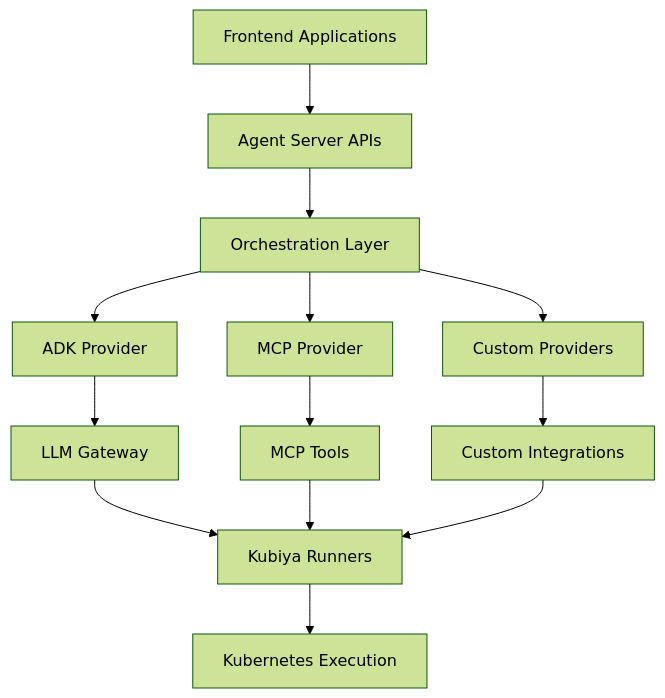
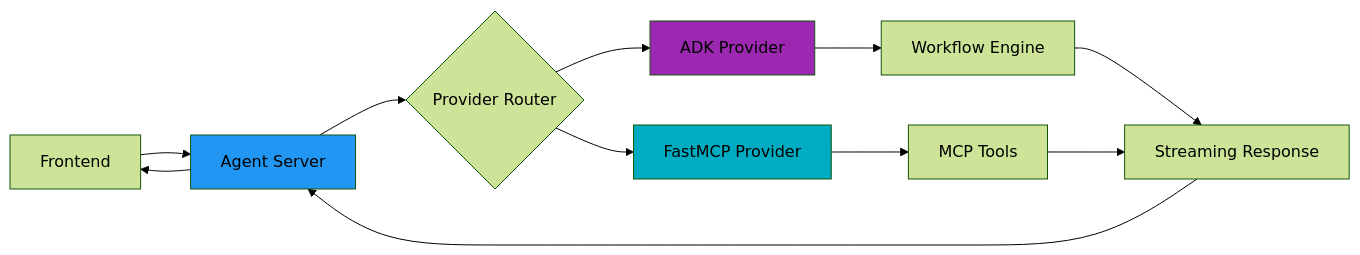
Before and after one commit to kubiyabot/workflow_sdk: the diagram in docs/kubiya/full-stack-agents/agent-servers.mdx, drawn with Mermaid (forest theme). The commit also changed other lines of this file and 3 other files, not shown here.

````diff
--- a/docs/kubiya/full-stack-agents/agent-servers.mdx
+++ b/docs/kubiya/full-stack-agents/agent-servers.mdx
@@ -17,18 +53,19 @@
 ```mermaid
-graph TB
-    UI[Frontend Applications] --> API[Agent Server APIs]
-    API --> Orchestration[Orchestration Layer]
-    Orchestration --> ADK[ADK Provider]
-    Orchestration --> MCP[MCP Provider]
-    Orchestration --> Custom[Custom Providers]
+graph LR
+    UI[Frontend] --> AS[Agent Server]
+    AS --> Provider{Provider Router}
+    Provider --> ADK[ADK Provider]
+    Provider --> MCP[FastMCP Provider]
     
-    ADK --> LLM[LLM Gateway]
+    ADK --> WF[Workflow Engine]
     MCP --> Tools[MCP Tools]
-    Custom --> Integration[Custom Integrations]
     
-    LLM --> Runners[Kubiya Runners]
-    Tools --> Runners
-    Integration --> Runners
+    WF --> Response[Streaming Response]
+    Tools --> Response
+    Response --> AS
+    AS --> UI
     
-    Runners --> K8s[Kubernetes Execution]
+    style AS fill:#2196F3
+    style ADK fill:#9C27B0
+    style MCP fill:#00ACC1
 ```
````
